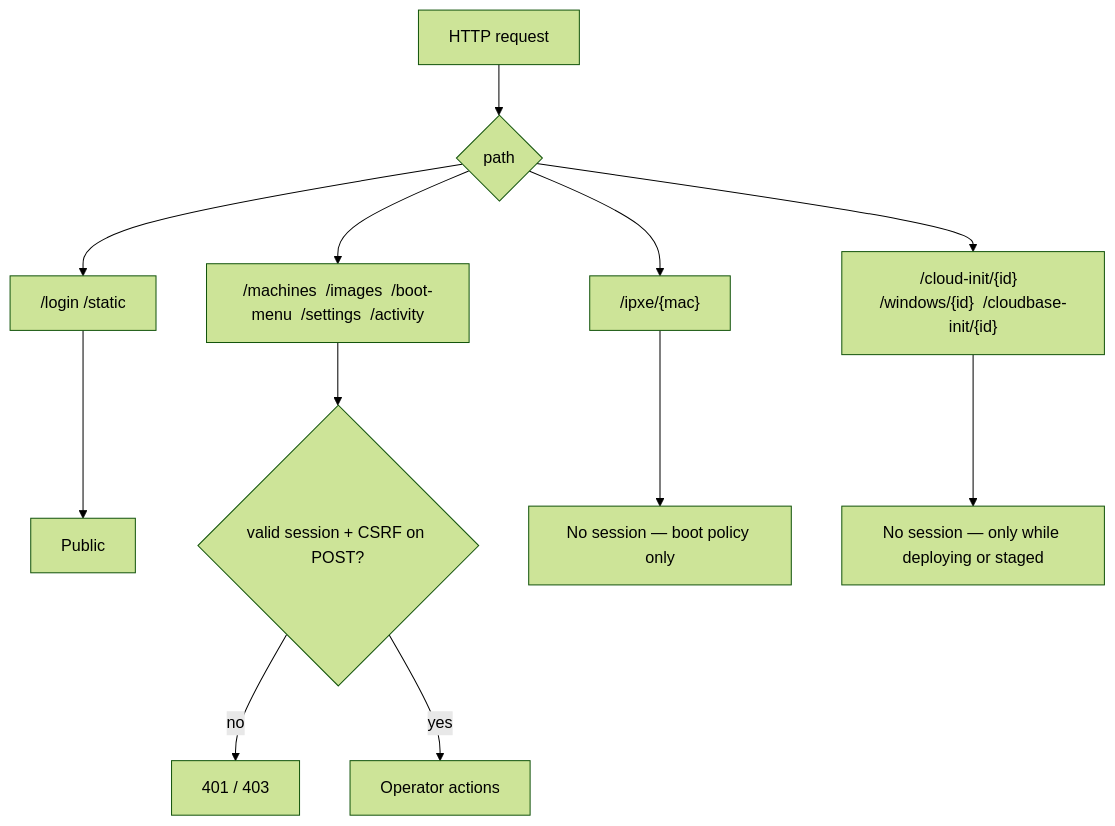
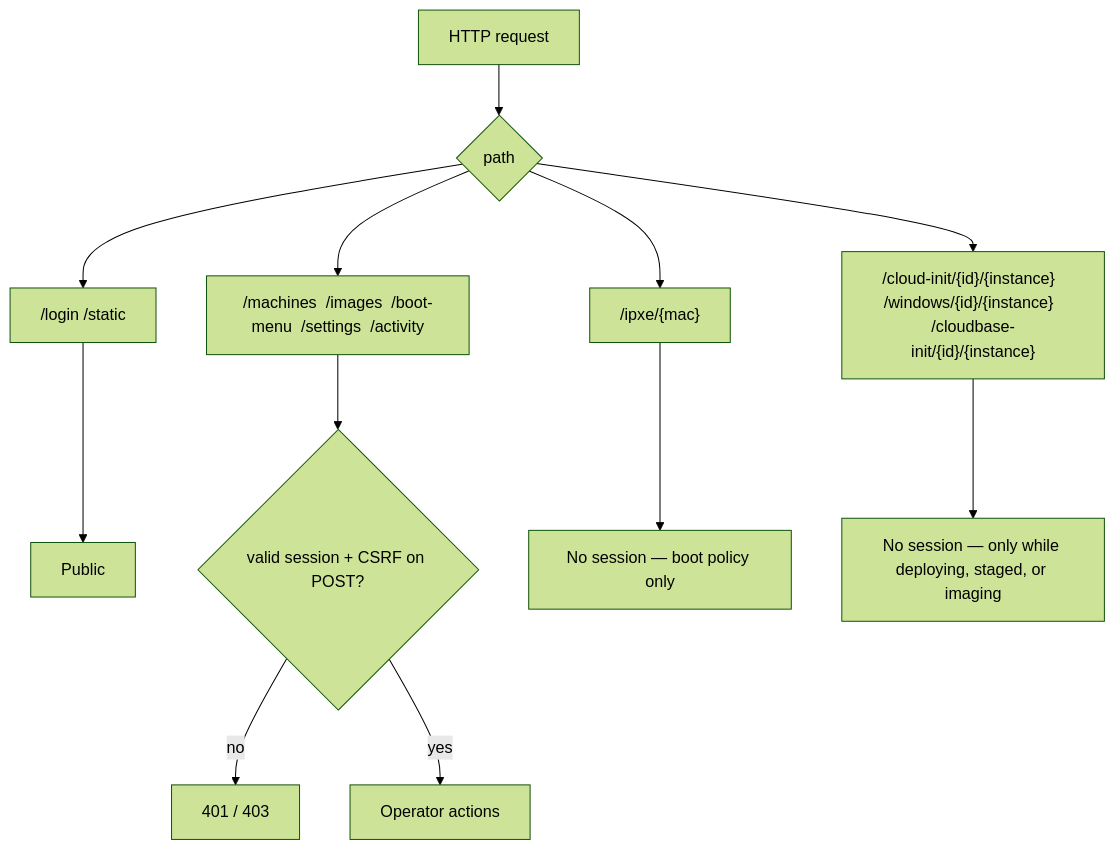
Before and after one commit to hometinker12/home-lab-pxe: diagram 18 of 24 in ARCHITECTURE.md, drawn with Mermaid (forest theme). The commit also changed other lines of this file and 50 other files, not shown here.

````diff
--- a/ARCHITECTURE.md
+++ b/ARCHITECTURE.md
@@ -424,14 +427,14 @@
 ```mermaid
 flowchart TD
   R["HTTP request"] --> K{"path"}
   K --> L["/login  /static"]
   L --> PUB["Public"]
   K --> A["/machines  /images  /boot-menu  /settings  /activity"]
   A --> S{"valid session + CSRF on POST?"}
   S -->|no| DENY["401 / 403"]
   S -->|yes| OP["Operator actions"]
   K --> B["/ipxe/{mac}"]
   B --> LAN1["No session — boot policy only"]
-  K --> G["/cloud-init/{id}  /windows/{id}  /cloudbase-init/{id}"]
-  G --> LAN2["No session — only while deploying or staged"]
+  K --> G["/cloud-init/{id}/{instance}  /windows/{id}/{instance}  /cloudbase-init/{id}/{instance}"]
+  G --> LAN2["No session — only while deploying, staged, or imaging"]
 ```
````
